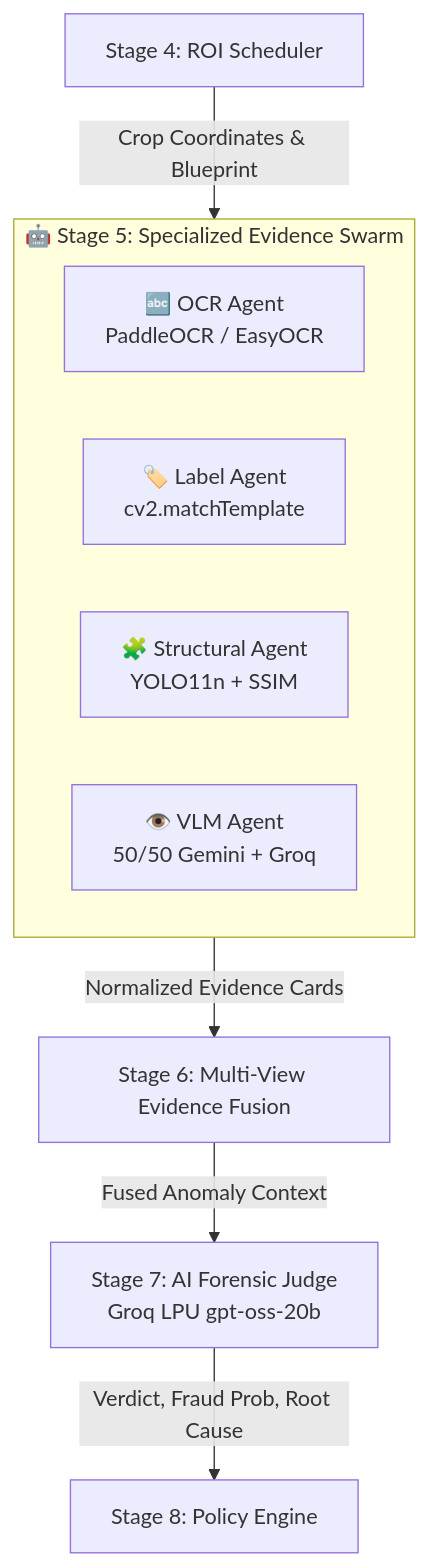
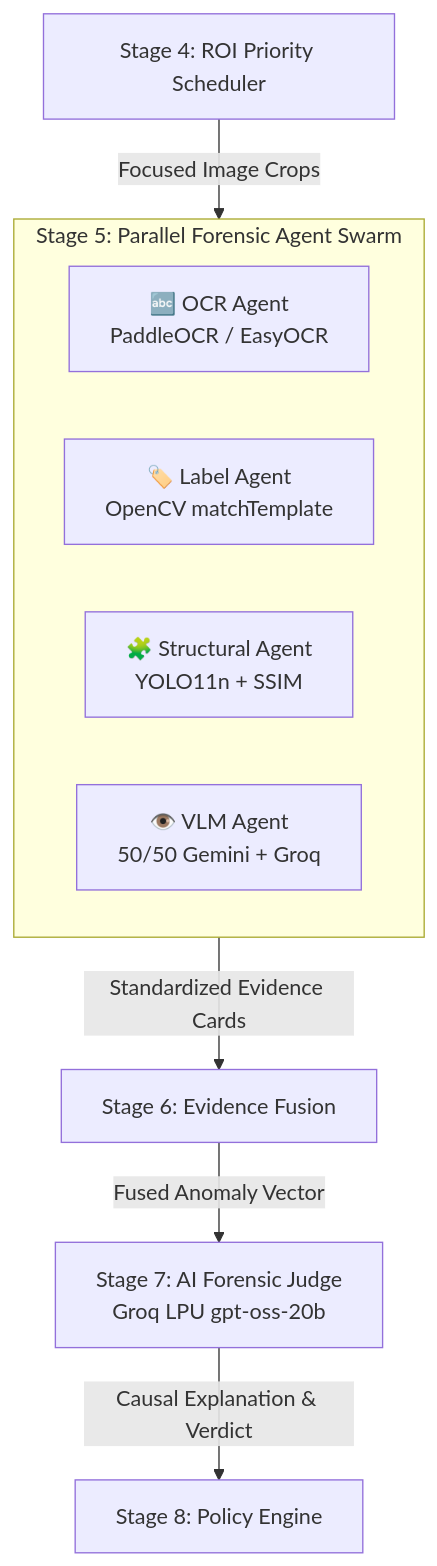
One commit to Disha-1610/VisionForge changed the first of 4 diagrams in docs/AI_AGENTS.md. Above: the diagram before and after it, drawn with Mermaid. The commit also changed other lines of this file and 13 other files, not shown here.

````diff
--- a/docs/AI_AGENTS.md
+++ b/docs/AI_AGENTS.md
@@ -33,16 +40,16 @@
 ```mermaid
 flowchart TD
-    Scheduler[Stage 4: ROI Scheduler] -->|Crop Coordinates & Blueprint| Swarm
+    Scheduler[Stage 4: ROI Priority Scheduler] -->|Focused Image Crops| Swarm
     
-    subgraph Swarm["🤖 Stage 5: Specialized Evidence Swarm"]
+    subgraph Swarm["Stage 5: Parallel Forensic Agent Swarm"]
         direction LR
         OCR[🔤 OCR Agent<br/>PaddleOCR / EasyOCR]
-        Label[🏷️ Label Agent<br/>cv2.matchTemplate]
+        Label[🏷️ Label Agent<br/>OpenCV matchTemplate]
         Struct[🧩 Structural Agent<br/>YOLO11n + SSIM]
         VLM[👁️ VLM Agent<br/>50/50 Gemini + Groq]
     end
 
-    Swarm -->|Normalized Evidence Cards| Fusion[Stage 6: Multi-View Evidence Fusion]
-    Fusion -->|Fused Anomaly Context| Judge[Stage 7: AI Forensic Judge<br/>Groq LPU gpt-oss-20b]
-    Judge -->|Verdict, Fraud Prob, Root Cause| Policy[Stage 8: Policy Engine]
+    Swarm -->|Standardized Evidence Cards| Fusion[Stage 6: Evidence Fusion]
+    Fusion -->|Fused Anomaly Vector| Judge[Stage 7: AI Forensic Judge<br/>Groq LPU gpt-oss-20b]
+    Judge -->|Causal Explanation & Verdict| Policy[Stage 8: Policy Engine]
 ```
````
